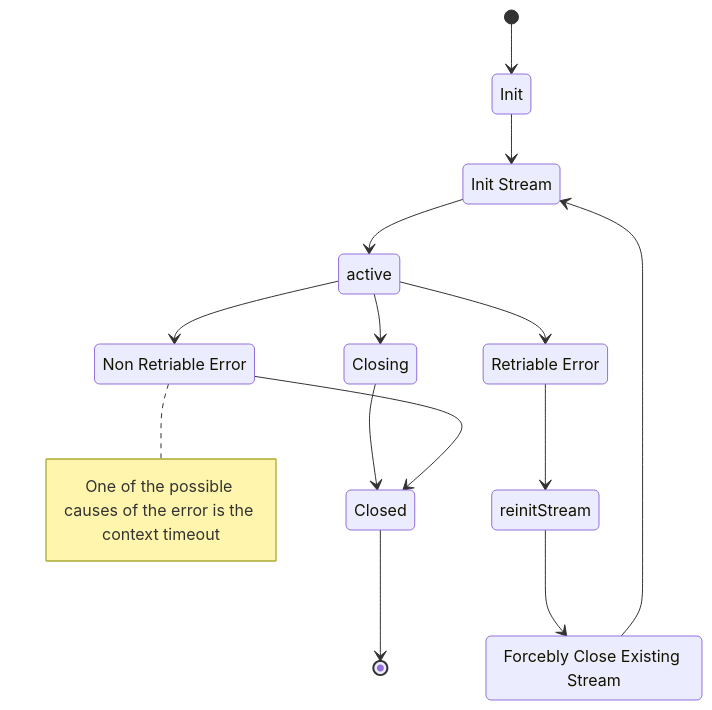
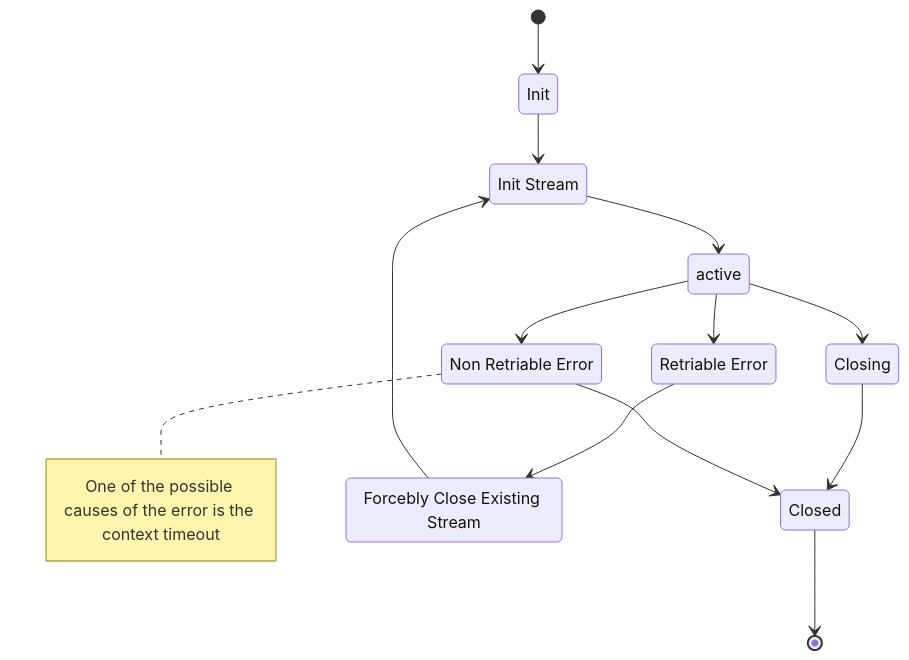
The second of 2 diagrams in src/topic/README.md (ydb-platform/ydb-nodejs-sdk), drawn with Mermaid before and after one commit.

Commit message:
chore: fix state diagram

````diff
--- a/src/topic/README.md
+++ b/src/topic/README.md
@@ -35,24 +35,25 @@
 ```mermaid
 stateDiagram
 direction TB
+
 state "Init" as init
 state "Init Stream" as initStream
 state "Retriable Error" as retriableError
 state "Non Retriable Error" as nonRetriableError
 state "Closing" as closing
 state "Closed" as closed
 state "Forcebly Close Existing Stream" as forceblyCloseExistingStream
+
 [*] --> init
 init --> initStream
 initStream --> active
 active --> retriableError
 active --> nonRetriableError
 active --> closing
 closing --> closed
-retriableError --> reinitStream
-reinitStream --> forceblyCloseExistingStream
+retriableError --> forceblyCloseExistingStream
 forceblyCloseExistingStream --> initStream
 nonRetriableError --> closed
 closed --> [*]
 note right of nonRetriableError : <font color="#333333">One of the possible causes of the error is the context timeout</font><br>
 ```
````
